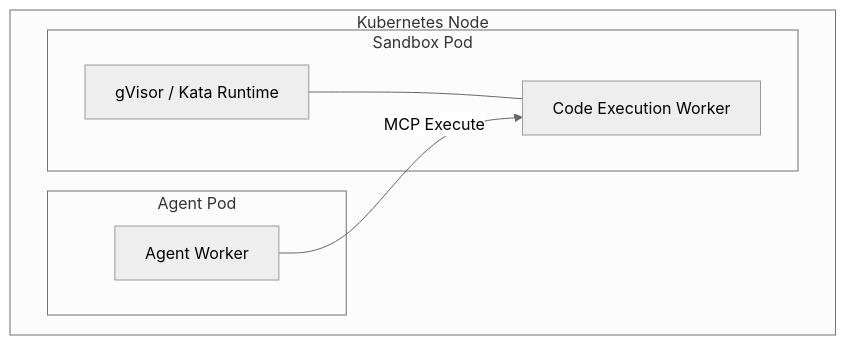
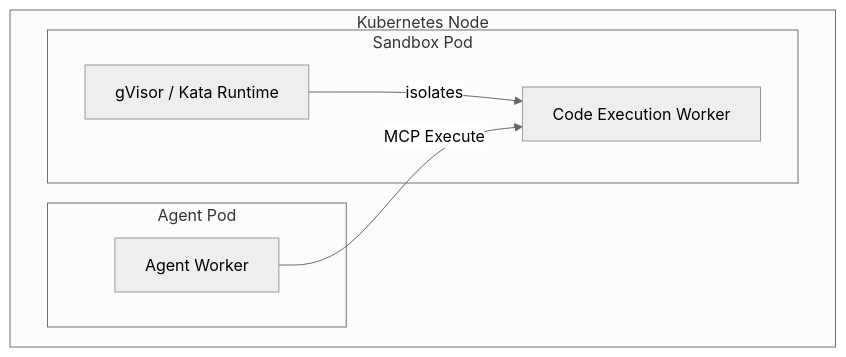
The diagram in docs/architecture-sandbox.md (devopssquaddev/zelkor-platform), drawn with Mermaid before and after one commit. The commit also changed other lines of this file and 28 other files, not shown here.

````diff
--- a/docs/architecture-sandbox.md
+++ b/docs/architecture-sandbox.md
@@ -17,20 +19,20 @@
 ```mermaid
 ---
 config:
   theme: neutral
 ---
 flowchart TB
   subgraph Node[Kubernetes Node]
     subgraph AgentPod[Agent Pod]
       Agent[Agent Worker]
     end
     
     subgraph SandboxPod[Sandbox Pod]
       gVisor[gVisor / Kata Runtime]
       Worker[Code Execution Worker]
-      gVisor --- Worker
+      gVisor -- "isolates" --> Worker
     end
   end
 
   Agent -- "MCP Execute" --> Worker
 ```
````
